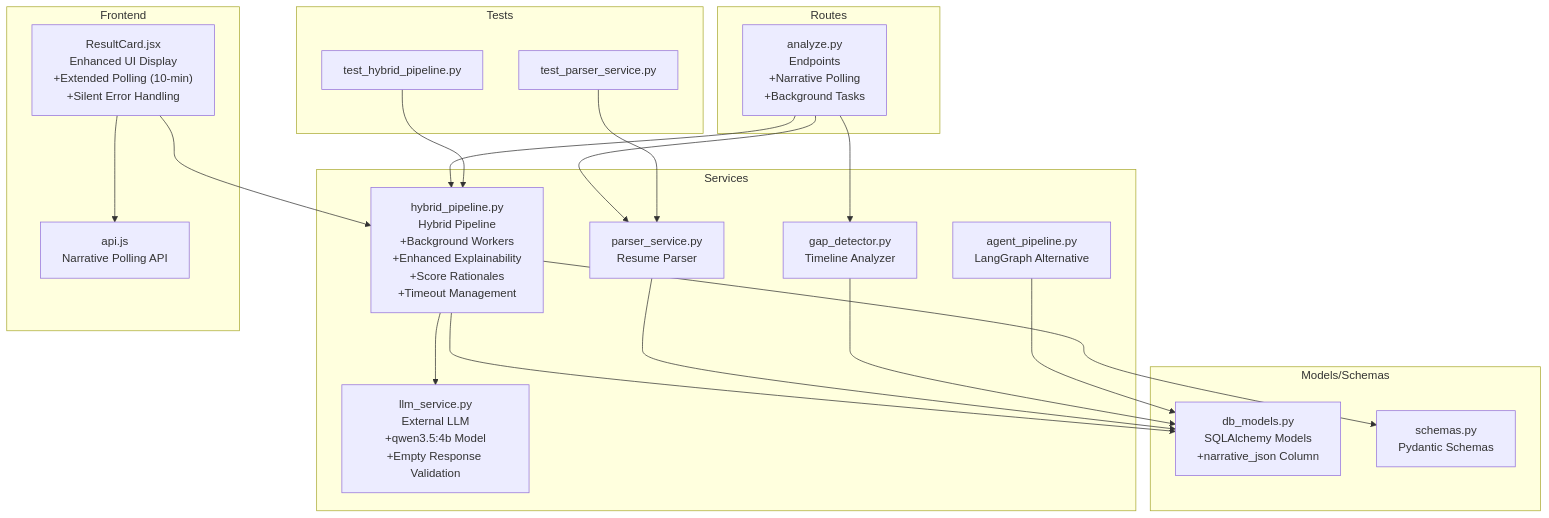
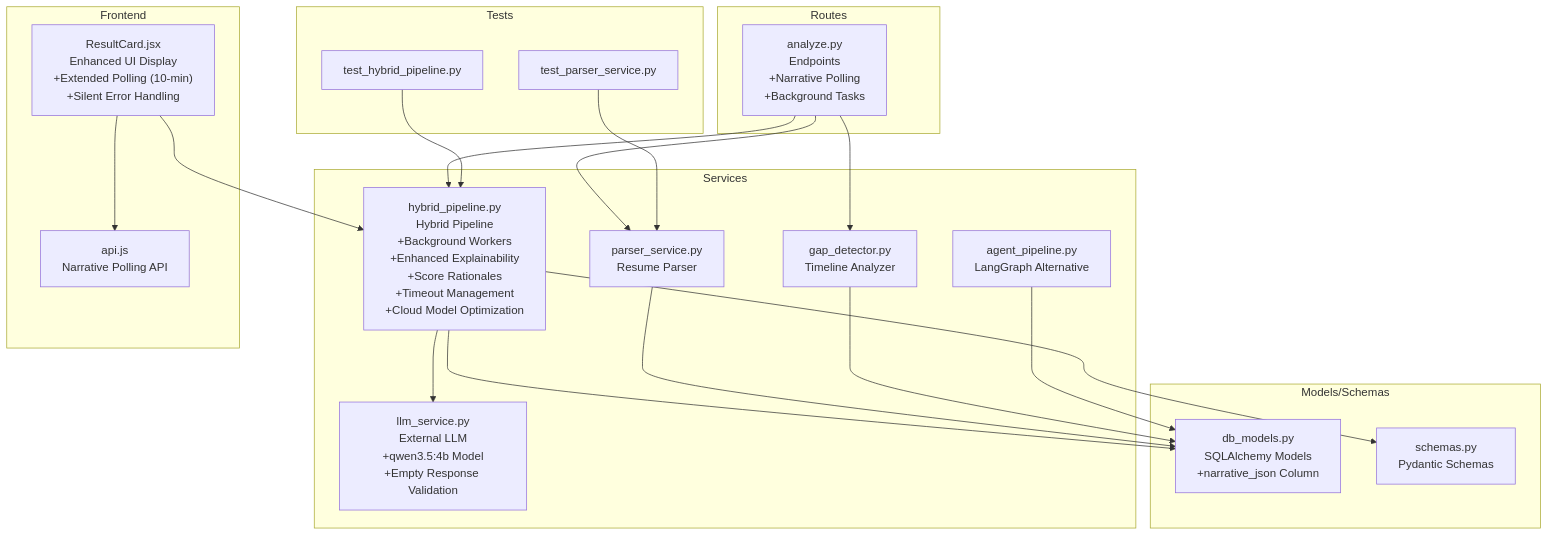
One commit to Revanththetalogics/aireume changed the first of 12 diagrams in .qoder/repowiki/en/content/Analysis Engine/Hybrid Pipeline Architecture.md. Above: the diagram before and after it, drawn with Mermaid. The commit also changed other lines of this file and 11 other files, not shown here.

````diff
--- a/.qoder/repowiki/en/content/Analysis Engine/Hybrid Pipeline Architecture.md
+++ b/.qoder/repowiki/en/content/Analysis Engine/Hybrid Pipeline Architecture.md
@@ -68,38 +71,38 @@
 ```mermaid
 graph TB
 subgraph "Routes"
 A["analyze.py<br/>Endpoints<br/>+Narrative Polling<br/>+Background Tasks"]
 end
 subgraph "Services"
-B["hybrid_pipeline.py<br/>Hybrid Pipeline<br/>+Background Workers<br/>+Enhanced Explainability<br/>+Score Rationales<br/>+Timeout Management"]
+B["hybrid_pipeline.py<br/>Hybrid Pipeline<br/>+Background Workers<br/>+Enhanced Explainability<br/>+Score Rationales<br/>+Timeout Management<br/>+Cloud Model Optimization"]
 C["parser_service.py<br/>Resume Parser"]
 D["gap_detector.py<br/>Timeline Analyzer"]
 E["llm_service.py<br/>External LLM<br/>+qwen3.5:4b Model<br/>+Empty Response Validation"]
 F["agent_pipeline.py<br/>LangGraph Alternative"]
 end
 subgraph "Models/Schemas"
 G["db_models.py<br/>SQLAlchemy Models<br/>+narrative_json Column"]
 H["schemas.py<br/>Pydantic Schemas"]
 end
 subgraph "Tests"
 I["test_hybrid_pipeline.py"]
 J["test_parser_service.py"]
 end
 subgraph "Frontend"
 K["ResultCard.jsx<br/>Enhanced UI Display<br/>+Extended Polling (10-min)<br/>+Silent Error Handling"]
 L["api.js<br/>Narrative Polling API"]
 end
 A --> B
 A --> C
 A --> D
 B --> E
 B --> G
 B --> H
 C --> G
 D --> G
 F --> G
 I --> B
 J --> C
 K --> B
 K --> L
 ```
````
